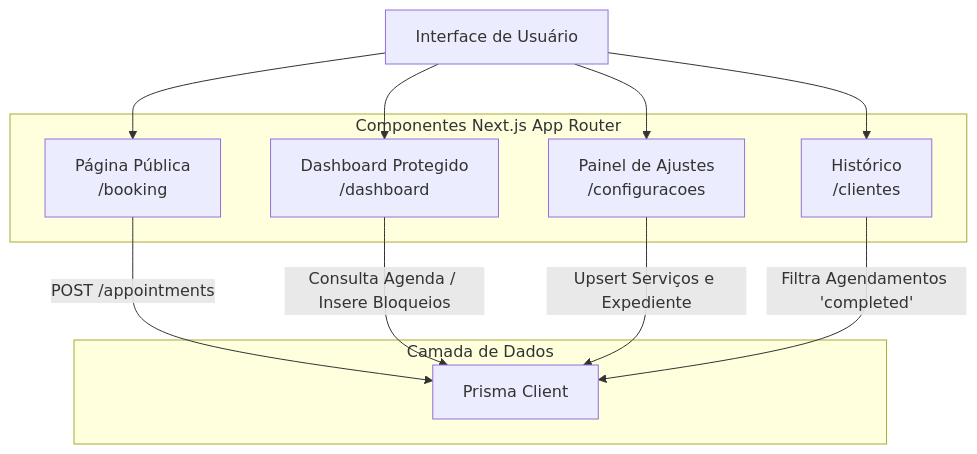
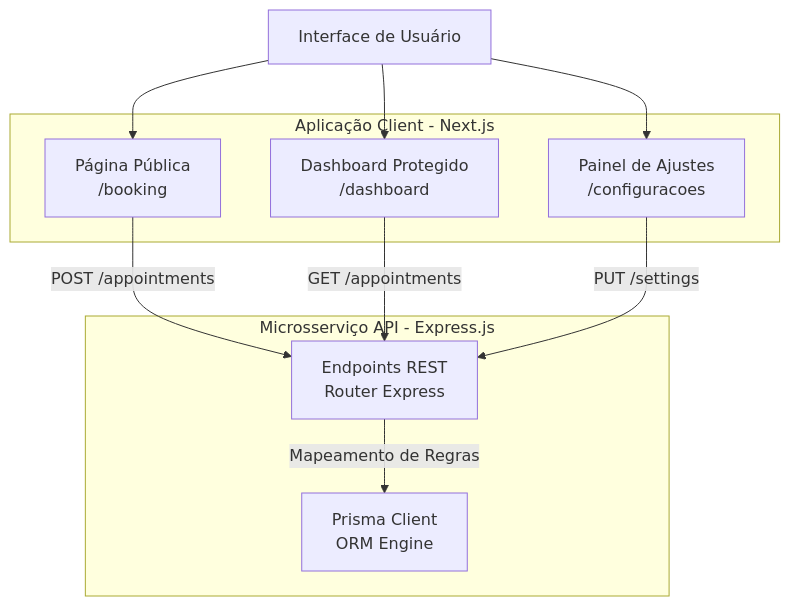
Before and after one commit to A-Mafioletti/Gerenciador-de-Agendamentos: the third of 5 diagrams in docs/c4_model.md, drawn with Mermaid. The commit also changed other lines of this file and 13 other files, not shown here.

````diff
--- a/docs/c4_model.md
+++ b/docs/c4_model.md
@@ -58,25 +59,25 @@
 ```mermaid
 flowchart TD
     Interface[Interface de Usuário]
     
-    subgraph NextJS [Componentes Next.js App Router]
+    subgraph FrontendApp [Aplicação Client - Next.js]
         PaginaAgendamento[Página Pública\n/booking]
         DashboardAdmin[Dashboard Protegido\n/dashboard]
         Configuracoes[Painel de Ajustes\n/configuracoes]
-        Clientes[Histórico\n/clientes]
     end
     
-    subgraph DataAccess [Camada de Dados]
-        PrismaClient[Prisma Client]
+    subgraph BackendAPI [Microsserviço API - Express.js]
+        Rotas[Endpoints REST\nRouter Express]
+        PrismaClient[Prisma Client\nORM Engine]
     end
 
     Interface --> PaginaAgendamento
     Interface --> DashboardAdmin
     Interface --> Configuracoes
-    Interface --> Clientes
 
-    PaginaAgendamento -->|POST /appointments| PrismaClient
-    DashboardAdmin -->|Consulta Agenda / Insere Bloqueios| PrismaClient
-    Configuracoes -->|Upsert Serviços e Expediente| PrismaClient
-    Clientes -->|Filtra Agendamentos 'completed'| PrismaClient
+    PaginaAgendamento -->|POST /appointments| Rotas
+    DashboardAdmin -->|GET /appointments| Rotas
+    Configuracoes -->|PUT /settings| Rotas
+    
+    Rotas -->|Mapeamento de Regras| PrismaClient
 ```
````
